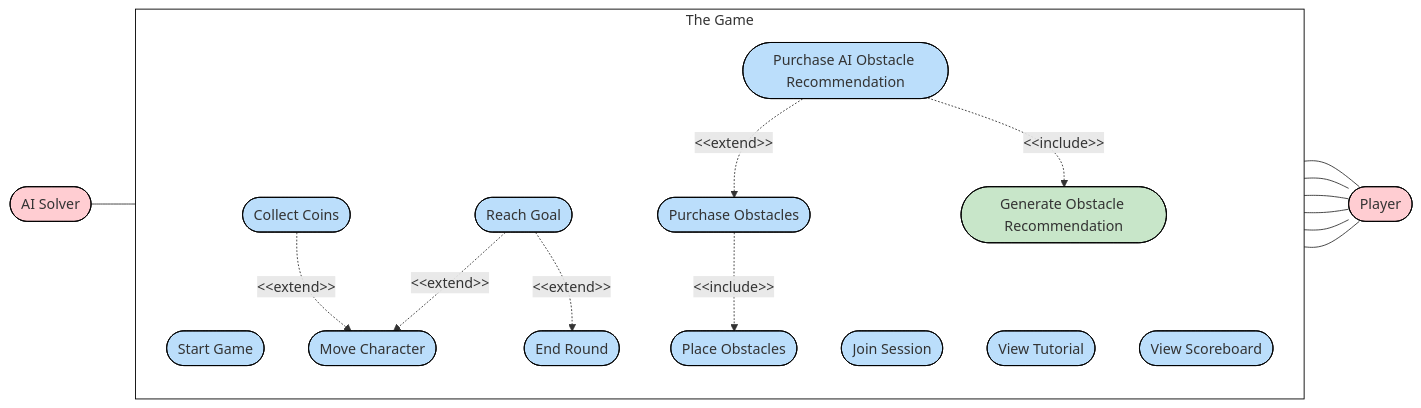
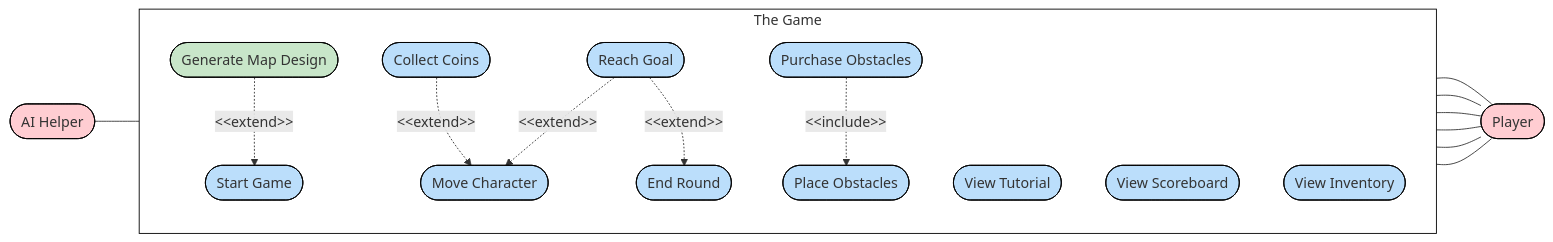
The first of 5 diagrams in README.md (UoB-COMSM0166/2026-group-20), drawn with Mermaid before and after one commit. The commit also changed other lines of this file, not shown here.

````diff
--- a/README.md
+++ b/README.md
@@ -212,46 +236,44 @@
 ```mermaid
 flowchart LR
  subgraph TheGame["The Game"]
     direction TB
         UC_Start(["Start Game"])
-        UC_Join(["Join Session"])
         UC_Tutorial(["View Tutorial"])
         UC_Move(["Move Character"])
         UC_Coins(["Collect Coins"])
         UC_Goal(["Reach Goal"])
         UC_End(["End Round"])
         UC_Place(["Place Obstacles"])
         UC_Purchase(["Purchase Obstacles"])
-        UC_PurchaseRec(["Purchase AI Obstacle Recommendation"])
-        UC_Generate(["Generate Obstacle Recommendation"])
+        UC_Generate(["Generate Map Design"])
         UC_Score(["View Scoreboard"])
+        UC_Inv(["View Inventory"])
   end
     UC_Start --- Player(["Player"])
-    UC_Join --- Player
     UC_Tutorial --- Player
     UC_Move --- Player
     UC_Place --- Player
     UC_Score --- Player
-    AISolver(["AI Solver"]) --- UC_Generate
+    UC_Inv --- Player
+    AISolver(["AI Helper"]) --- UC_Generate
+    UC_Generate -. &lt;&lt;extend&gt;&gt; .-> UC_Start
     UC_Coins -. &lt;&lt;extend&gt;&gt; .-> UC_Move
     UC_Goal -. &lt;&lt;extend&gt;&gt; .-> UC_Move & UC_End
-    UC_PurchaseRec -. &lt;&lt;extend&gt;&gt; .-> UC_Purchase
-    UC_PurchaseRec -. &lt;&lt;include&gt;&gt; .-> UC_Generate
     UC_Purchase -. &lt;&lt;include&gt;&gt; .-> UC_Place
 
     style UC_Start fill:#BBDEFB,stroke:#000000
-    style UC_Join fill:#BBDEFB,stroke:#000000
     style UC_Tutorial fill:#BBDEFB,stroke:#000000
     style UC_Move fill:#BBDEFB,stroke:#000000
     style UC_Coins fill:#BBDEFB,stroke:#000000
     style UC_Goal fill:#BBDEFB,stroke:#000000
     style UC_End fill:#BBDEFB,stroke:#000000
     style UC_Place fill:#BBDEFB,stroke:#000000
     style UC_Purchase fill:#BBDEFB,stroke:#000000
-    style UC_PurchaseRec fill:#BBDEFB,stroke:#000000
     style UC_Generate fill:#C8E6C9,stroke:#000000
     style UC_Score fill:#BBDEFB,stroke:#000000
+    style UC_Inv fill:#BBDEFB,stroke:#000000
     style Player fill:#FFCDD2,stroke:#000000
     style AISolver fill:#FFCDD2,stroke:#000000
     style TheGame fill:#ffffff,stroke:#000000
+
 ```
````
